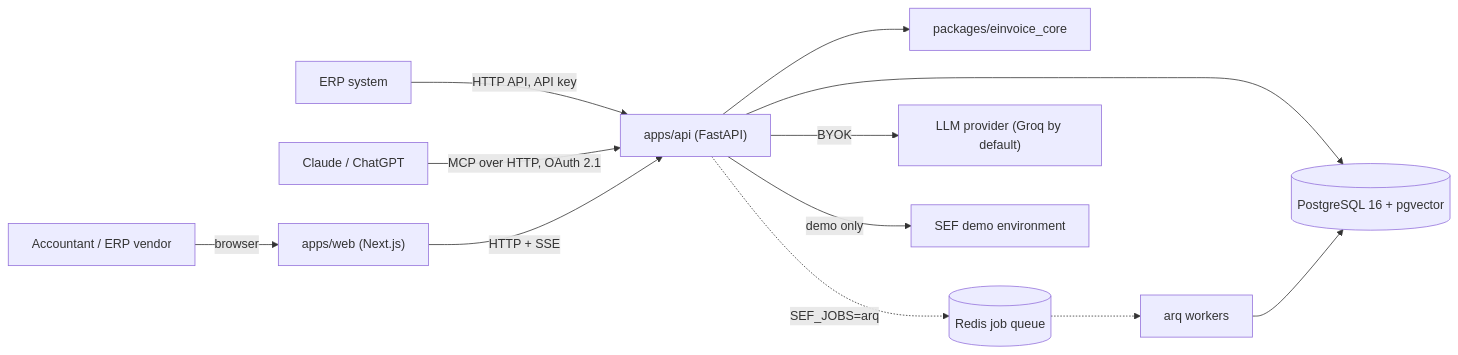
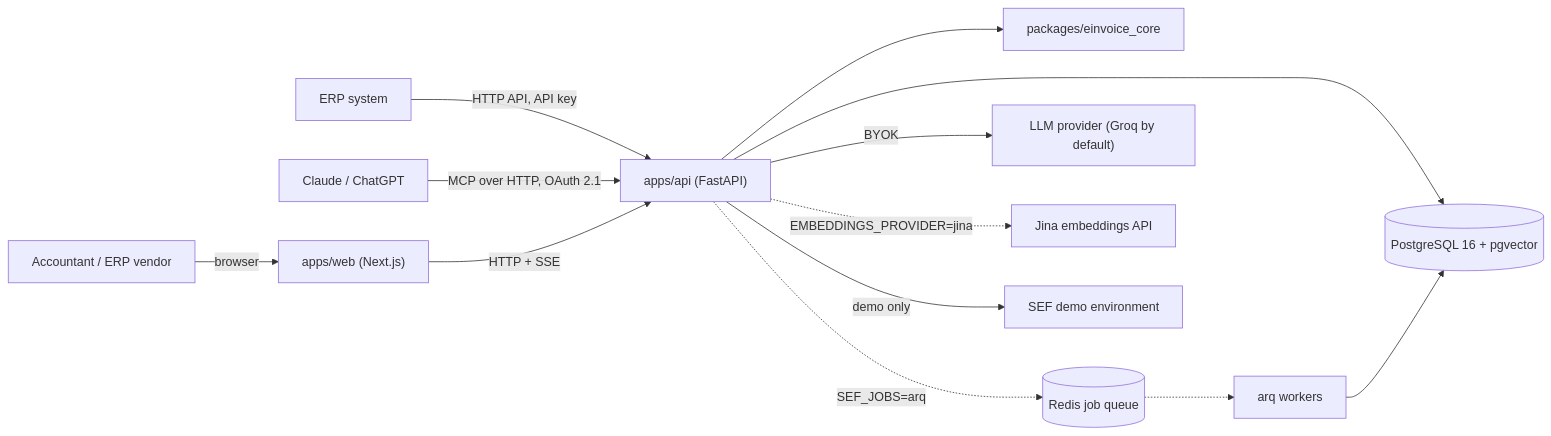
The diagram in docs/ARCHITECTURE.md (spasojewagner/sef-kopilot), drawn with Mermaid before and after one commit. The commit also changed other lines of this file and 12 other files, not shown here.

````diff
--- a/docs/ARCHITECTURE.md
+++ b/docs/ARCHITECTURE.md
@@ -13,14 +13,15 @@
 ```mermaid
 flowchart LR
     ACC["Accountant / ERP vendor"] -->|browser| WEB["apps/web (Next.js)"]
     ERP["ERP system"] -->|HTTP API, API key| API["apps/api (FastAPI)"]
     AGENT["Claude / ChatGPT"] -->|MCP over HTTP, OAuth 2.1| API
     WEB -->|HTTP + SSE| API
     API --> CORE["packages/einvoice_core"]
     API --> DB[("PostgreSQL 16 + pgvector")]
     API -.->|SEF_JOBS=arq| REDIS[("Redis job queue")]
     REDIS -.-> WORKER["arq workers"]
     WORKER --> DB
     API -->|BYOK| LLM["LLM provider (Groq by default)"]
+    API -.->|EMBEDDINGS_PROVIDER=jina| EMB["Jina embeddings API"]
     API -->|demo only| SEF["SEF demo environment"]
 ```
````
